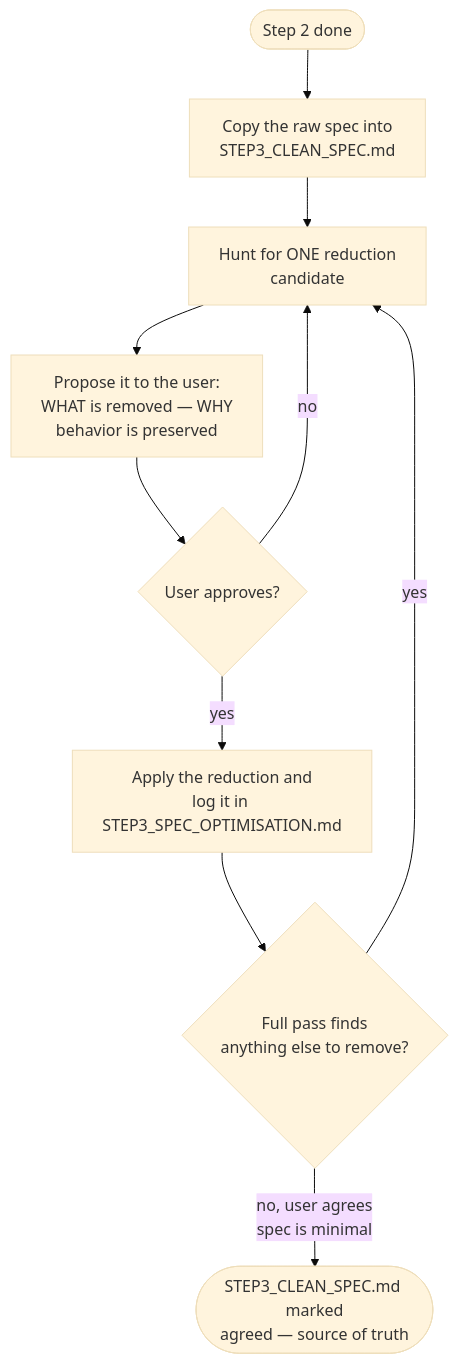
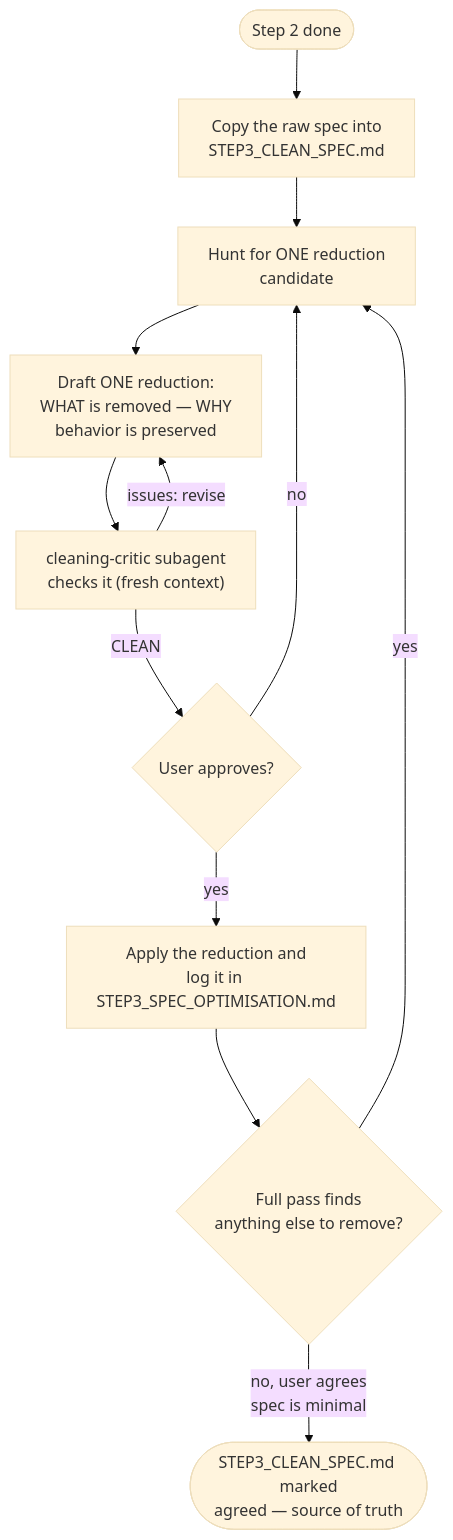
Before and after one commit to jeromeetienne/vibe_to_spec: the diagram in steps/step_03_spec_cleaning/README.md, drawn with Mermaid (base theme). The commit also changed other lines of this file and 11 other files, not shown here.

````diff
--- a/steps/step_03_spec_cleaning/README.md
+++ b/steps/step_03_spec_cleaning/README.md
@@ -18,20 +18,23 @@
 ```mermaid
 flowchart TD
     Start(["Step 2 done"]) --> Copy["Copy the raw spec into
 STEP3_CLEAN_SPEC.md"]
     Copy --> Hunt["Hunt for ONE reduction
 candidate"]
-    Hunt --> Propose["Propose it to the user:
+    Hunt --> Propose["Draft ONE reduction:
 WHAT is removed — WHY
 behavior is preserved"]
-    Propose --> Decide{"User approves?"}
+    Propose --> Critique["cleaning-critic subagent
+checks it (fresh context)"]
+    Critique -->|"issues: revise"| Propose
+    Critique -->|"CLEAN"| Decide{"User approves?"}
     Decide -->|"yes"| Apply["Apply the reduction and
 log it in STEP3_SPEC_OPTIMISATION.md"]
     Decide -->|"no"| Hunt
     Apply --> More{"Full pass finds
 anything else to remove?"}
     More -->|"yes"| Hunt
     More -->|"no, user agrees
 spec is minimal"| Closed(["STEP3_CLEAN_SPEC.md marked
 agreed — source of truth"])
 ```
````
